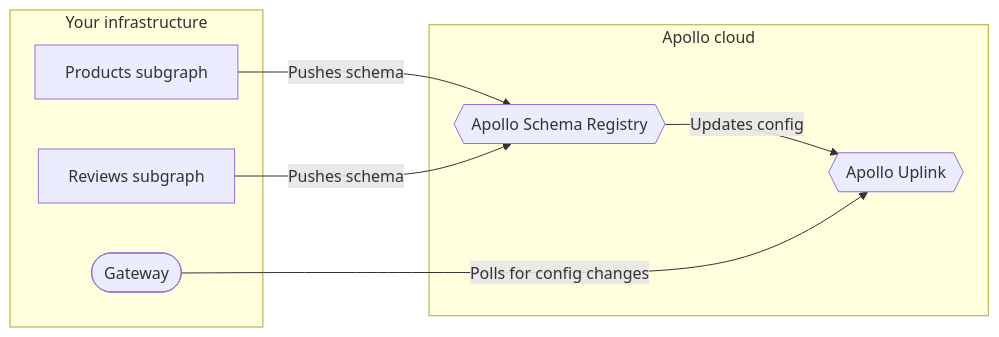
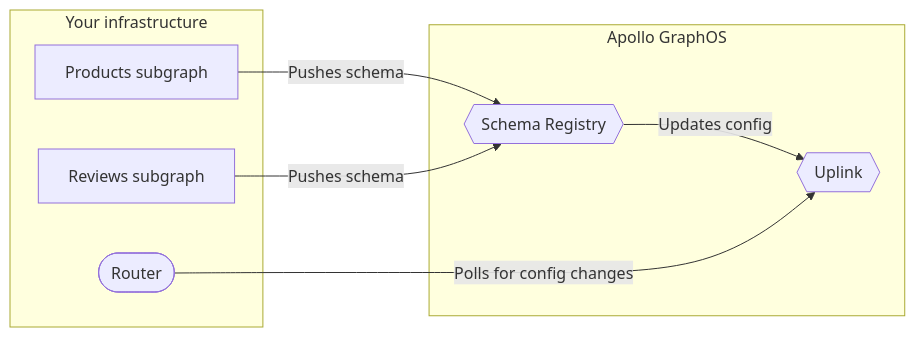
Before and after one commit to apollographql/federation: the diagram in docs/source/managed-federation/uplink.mdx, drawn with Mermaid. The commit also changed other lines of this file and 11 other files, not shown here.

````diff
--- a/docs/source/managed-federation/uplink.mdx
+++ b/docs/source/managed-federation/uplink.mdx
@@ -8,17 +8,17 @@
 ```mermaid
 graph LR;
   subgraph "Your infrastructure"
   serviceA[Products subgraph];
   serviceB[Reviews subgraph];
-  gateway([Gateway]);
+  router([Router]);
   end
-  subgraph "Apollo cloud"
-  registry{{Apollo Schema Registry}};
-  uplink{{Apollo Uplink}}
+  subgraph "Apollo GraphOS"
+  registry{{Schema Registry}};
+  uplink{{Uplink}}
   end
   serviceA & serviceB -->|Pushes schema| registry;
   registry -->|Updates config| uplink;
-  gateway -->|Polls for config changes| uplink;
+  router -->|Polls for config changes| uplink;
   class registry secondary;
   class uplink secondary;
 ```
````
